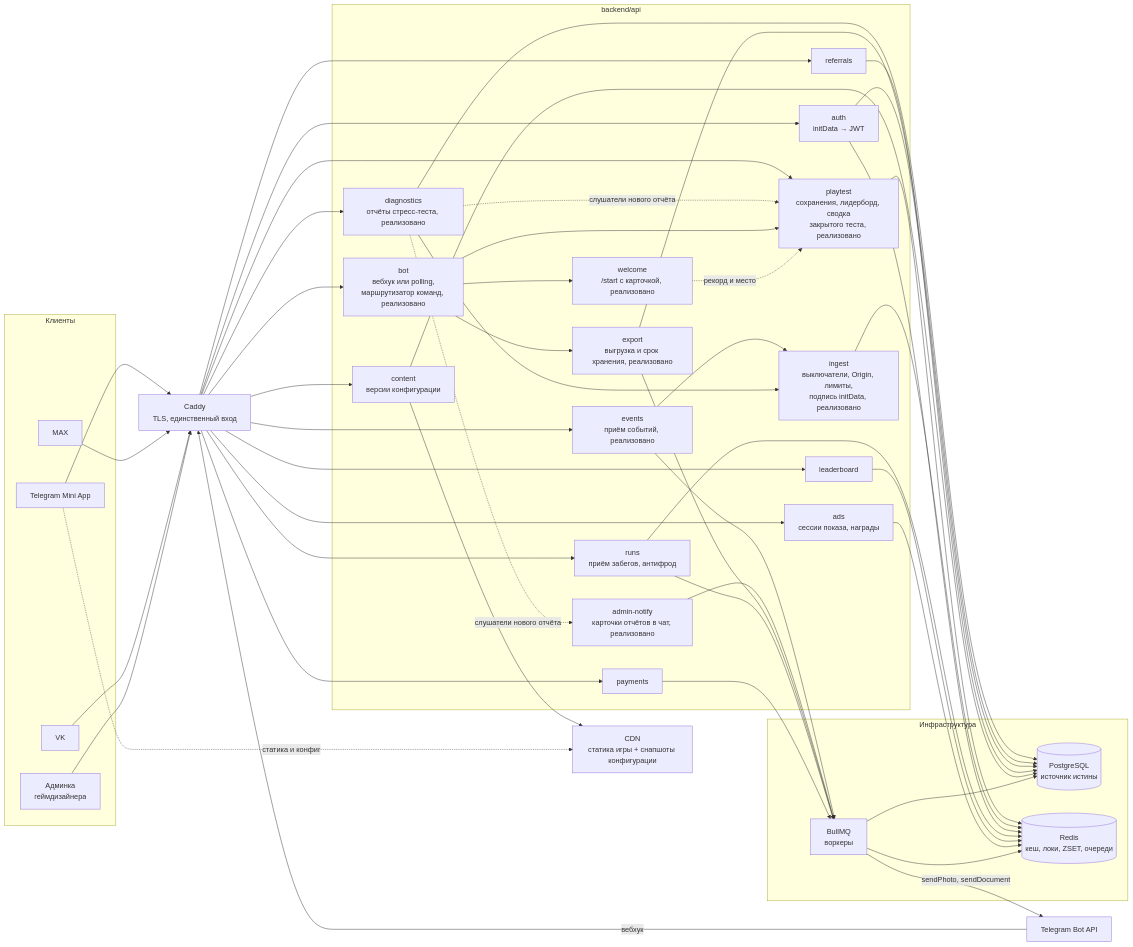
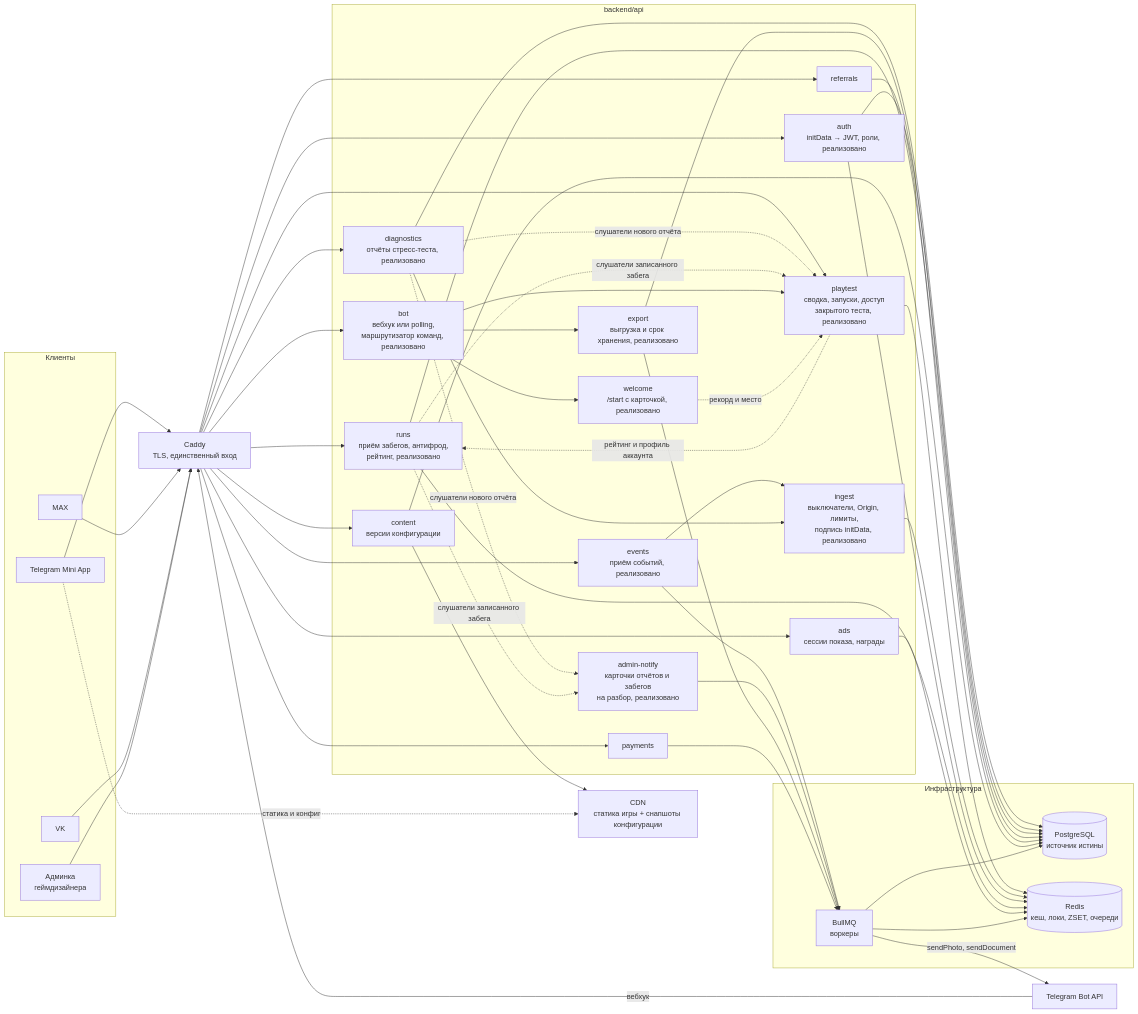
One commit to JJSGxKD/rubezh changed the seventh of 21 diagrams in docs/21-diagrams.md. Above: the diagram before and after it, drawn with Mermaid. The commit also changed other lines of this file and 4 other files, not shown here.

First line of the commit message:
docs: Описать приём забегов под аккаунтом на схемах и в плане

```diff
--- a/docs/21-diagrams.md
+++ b/docs/21-diagrams.md
@@ -646,9 +646,8 @@
     CADDY["Caddy<br/>TLS, единственный вход"]
 
     subgraph api["backend/api"]
-        AUTH["auth<br/>initData → JWT"]
-        RUNS["runs<br/>приём забегов, антифрод"]
-        LB["leaderboard"]
+        AUTH["auth<br/>initData → JWT, роли, реализовано"]
+        RUNS["runs<br/>приём забегов, антифрод,<br/>рейтинг, реализовано"]
         PAY["payments"]
         ADS["ads<br/>сессии показа, награды"]
         REF["referrals"]
@@ -656,10 +655,10 @@
         INGEST["ingest<br/>выключатели, Origin, лимиты,<br/>подпись initData, реализовано"]
         EVENTS["events<br/>приём событий, реализовано"]
         DIAG["diagnostics<br/>отчёты стресс-теста, реализовано"]
-        PT["playtest<br/>сохранения, лидерборд, сводка<br/>закрытого теста, реализовано"]
+        PT["playtest<br/>сводка, запуски, доступ<br/>закрытого теста, реализовано"]
         BOT["bot<br/>вебхук или polling,<br/>маршрутизатор команд, реализовано"]
         WELCOME["welcome<br/>/start с карточкой, реализовано"]
-        NOTIFY["admin-notify<br/>карточки отчётов в чат, реализовано"]
+        NOTIFY["admin-notify<br/>карточки отчётов и забегов<br/>на разбор, реализовано"]
         EXPORT["export<br/>выгрузка и срок хранения, реализовано"]
     end
 
@@ -680,7 +679,6 @@
 
     CADDY --> AUTH
     CADDY --> RUNS
-    CADDY --> LB
     CADDY --> PAY
     CADDY --> ADS
     CADDY --> REF
@@ -697,6 +695,9 @@
     DIAG --> PG
     DIAG -. слушатели нового отчёта .-> PT
     DIAG -. слушатели нового отчёта .-> NOTIFY
+    RUNS -. слушатели записанного забега .-> PT
+    RUNS -. слушатели записанного забега .-> NOTIFY
+    PT -. рейтинг и профиль аккаунта .-> RUNS
     NOTIFY --> QUEUE
     TGAPI -- вебхук --> CADDY
     CADDY --> BOT
@@ -710,9 +711,8 @@
 
     AUTH --> PG
     AUTH --> REDIS
+    RUNS --> PG
     RUNS --> REDIS
-    RUNS --> QUEUE
-    LB --> REDIS
     PAY --> QUEUE
     ADS --> REDIS
     REF --> PG
```
